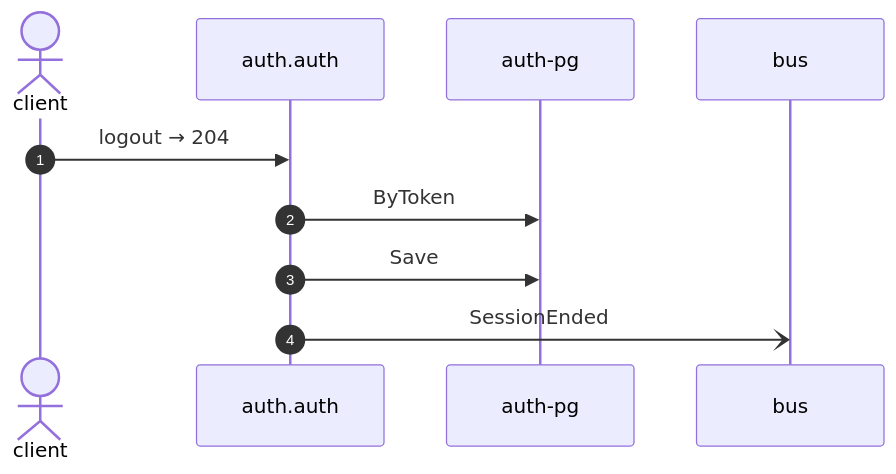
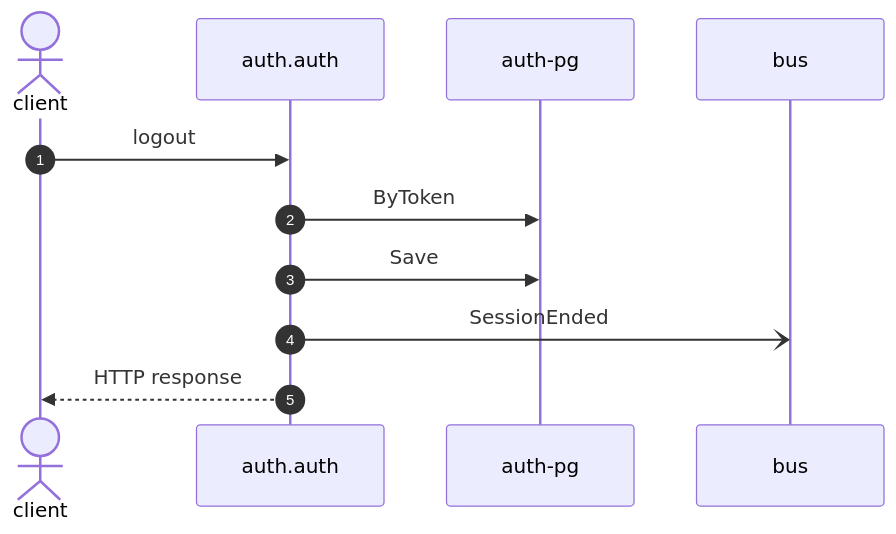
Before and after one commit to shortlink-org/portolan: the diagram in docs/example/flows/auth-logout.md, drawn with Mermaid. The commit also changed other lines of this file and 191 other files, not shown here.

````diff
--- a/docs/example/flows/auth-logout.md
+++ b/docs/example/flows/auth-logout.md
@@ -22,12 +24,13 @@
 ```mermaid
 sequenceDiagram
     autonumber
     actor p0 as client
     participant p1 as auth.auth
     participant p2 as auth-pg
     participant p3 as bus
-    p0->>p1: logout → 204
+    p0->>p1: logout
     p1->>p2: ByToken
     p1->>p2: Save
     p1-)p3: SessionEnded
+    p1-->>p0: HTTP response
 ```
````
